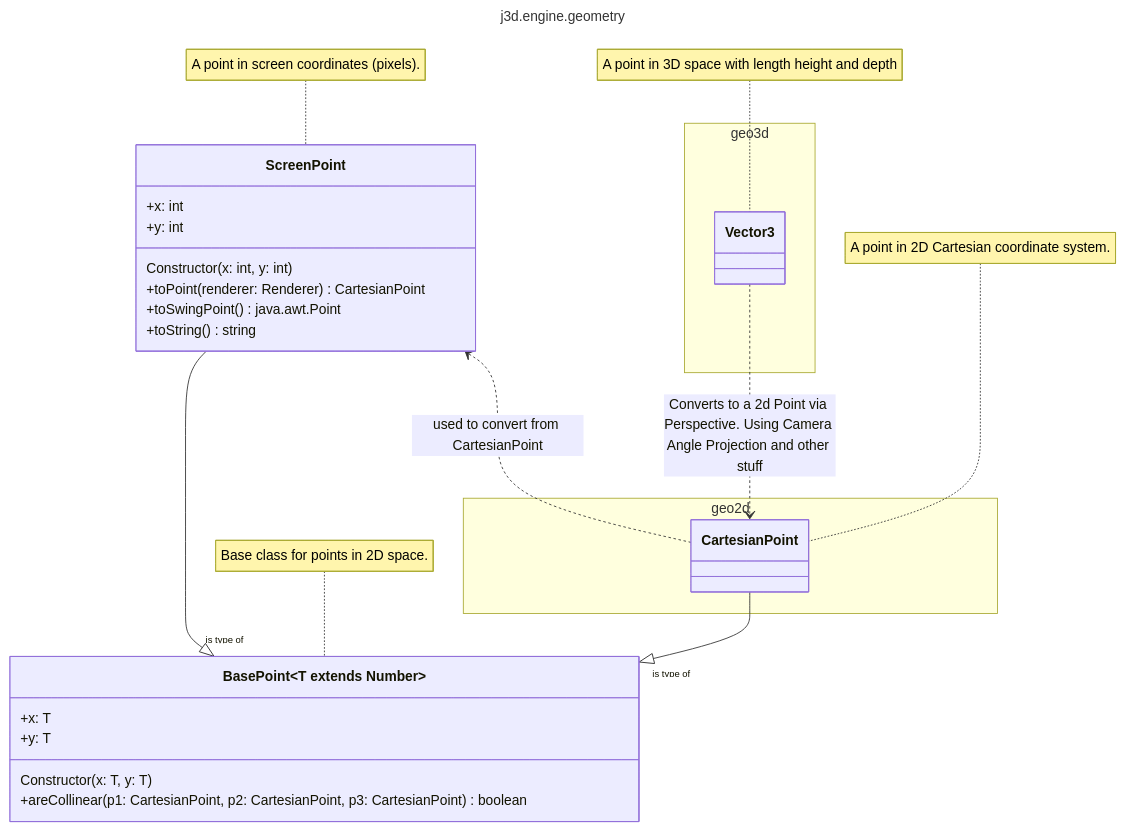
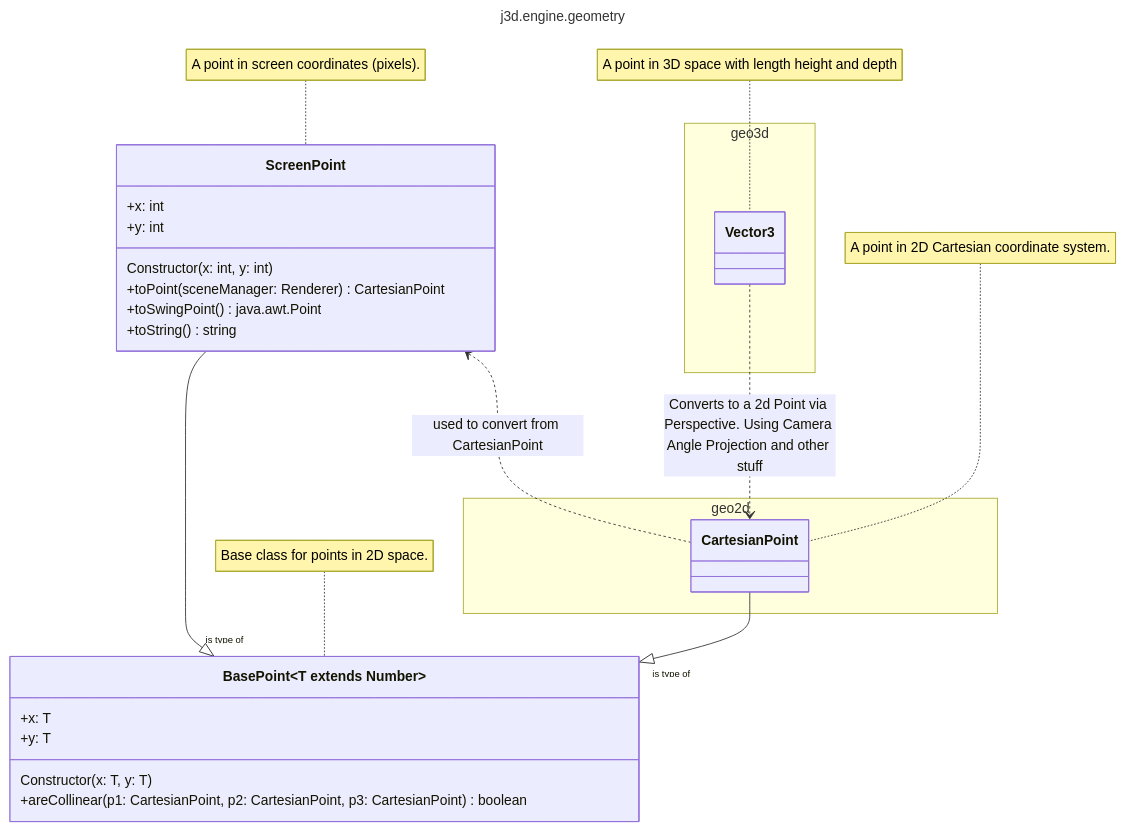
The first of 3 diagrams in engine.md (yetnt/j3engine), drawn with Mermaid before and after one commit. The commit also changed 41 other files, not shown here.

First line of the commit message:
refactor(engine): Rename Renderer to SceneManager

````diff
--- a/engine.md
+++ b/engine.md
@@ -52,37 +52,37 @@
 ```mermaid
 ---
 title: j3d.engine.geometry
 ---
 classDiagram
     class BasePoint~T extends Number~ {
         +x: T
         +y: T
         Constructor(x: T, y: T)
         +areCollinear(p1: CartesianPoint, p2: CartesianPoint, p3: CartesianPoint) boolean
     }
     
     note for BasePoint "Base class for points in 2D space."
     
     namespace geo2d {
         class CartesianPoint
     }
     class ScreenPoint {
       +x: int
       +y: int
       Constructor(x: int, y: int)
-      +toPoint(renderer: Renderer) CartesianPoint
+      +toPoint(sceneManager: Renderer) CartesianPoint
       +toSwingPoint() java.awt.Point
       +toString() string
     }
     namespace geo3d {
         class Vector3
     }
     
     note for CartesianPoint "A point in 2D Cartesian coordinate system."
     CartesianPoint --|> "is type of" BasePoint~Double~
     note for ScreenPoint "A point in screen coordinates (pixels)."
     ScreenPoint --|> "is type of" BasePoint~Integer~
     ScreenPoint <.. CartesianPoint : used to convert from CartesianPoint
     Vector3 ..> CartesianPoint : Converts to a 2d Point via Perspective. Using Camera Angle Projection and other stuff
     note for Vector3 "A point in 3D space with length height and depth"
 ```
````
